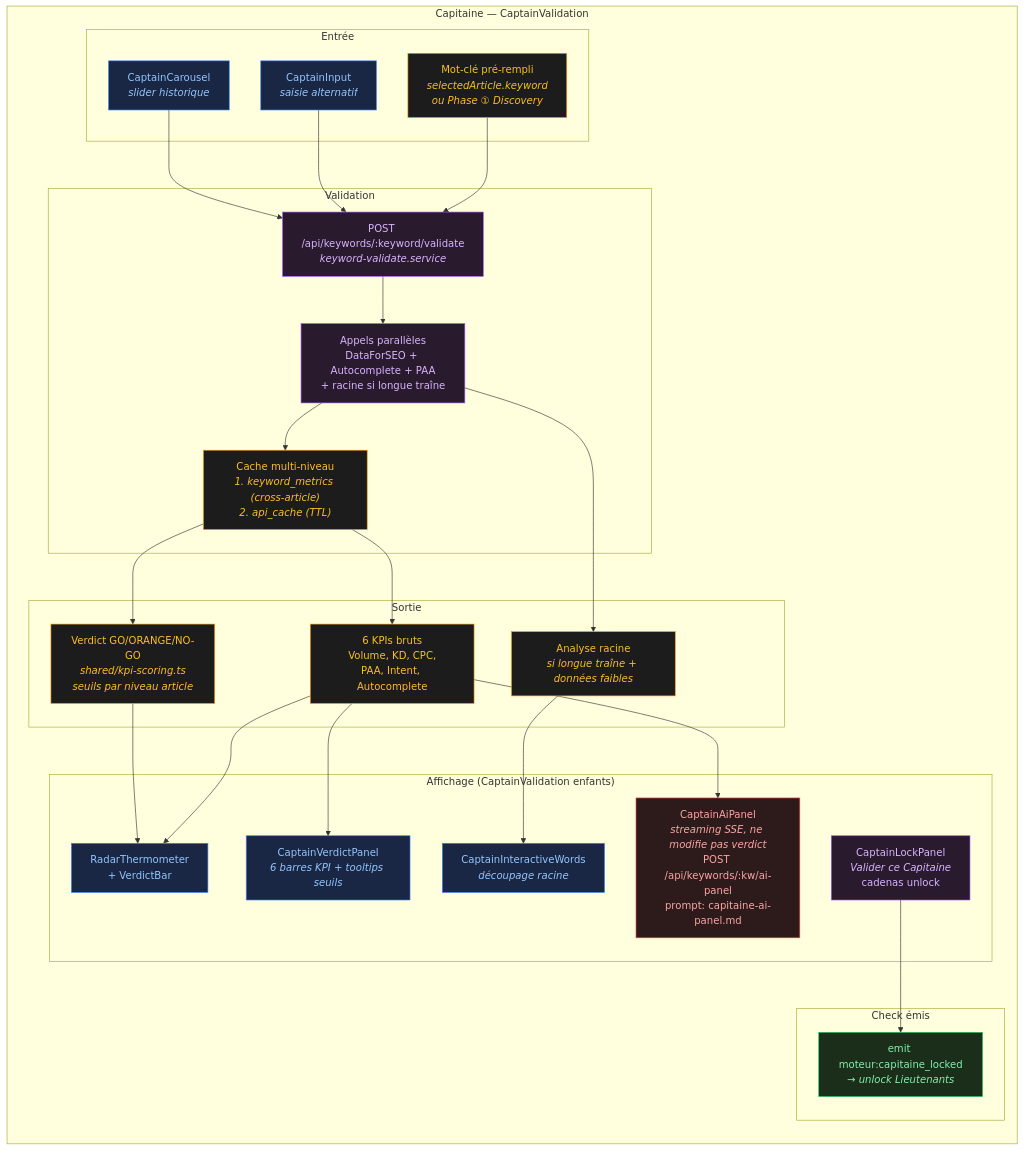
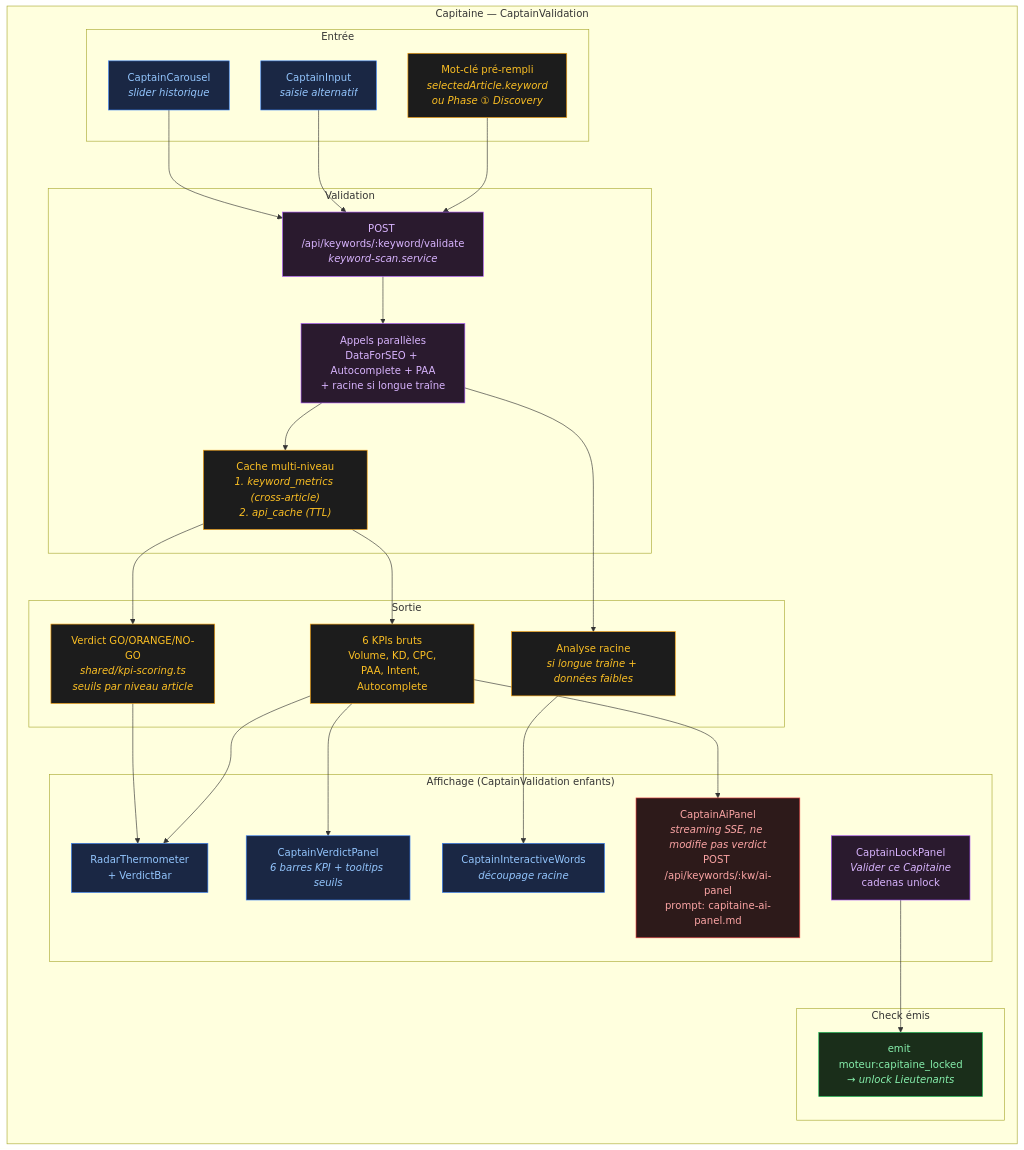
The fourth of 14 diagrams in docs/moteur-data-flow.md (annubis-knight/Blog_Redactor_SEO), drawn with Mermaid before and after one commit. The commit also changed other lines of this file and 44 other files, not shown here.

````diff
--- a/docs/moteur-data-flow.md
+++ b/docs/moteur-data-flow.md
@@ -214,58 +214,58 @@
 ```mermaid
 flowchart LR
   classDef tab fill:#1a2744,stroke:#3b82f6,color:#93c5fd
   classDef data fill:#1c1c1c,stroke:#f59e0b,color:#fbbf24
   classDef store fill:#1a2e1a,stroke:#22c55e,color:#86efac
   classDef action fill:#2a1a2e,stroke:#a855f7,color:#d8b4fe
   classDef ia fill:#2d1a1a,stroke:#ef4444,color:#fca5a5
 
   subgraph CAPT["Capitaine — CaptainValidation"]
     direction TB
 
     subgraph INPUT["Entrée"]
       IN1["Mot-clé pré-rempli<br/><i>selectedArticle.keyword<br/>ou Phase ① Discovery</i>"]:::data
       IN2["CaptainInput<br/><i>saisie alternatif</i>"]:::tab
       IN3["CaptainCarousel<br/><i>slider historique</i>"]:::tab
     end
 
     subgraph VALIDATE["Validation"]
-      API1["POST /api/keywords/:keyword/validate<br/><i>keyword-validate.service</i>"]:::action
+      API1["POST /api/keywords/:keyword/validate<br/><i>keyword-scan.service</i>"]:::action
       PAR["Appels parallèles<br/>DataForSEO + Autocomplete + PAA<br/>+ racine si longue traîne"]:::action
       CACHE["Cache multi-niveau<br/><i>1. keyword_metrics (cross-article)<br/>2. api_cache (TTL)</i>"]:::data
     end
 
     subgraph OUT["Sortie"]
       KPI["6 KPIs bruts<br/>Volume, KD, CPC,<br/>PAA, Intent, Autocomplete"]:::data
       VERDICT["Verdict GO/ORANGE/NO-GO<br/><i>shared/kpi-scoring.ts</i><br/><i>seuils par niveau article</i>"]:::data
       RACINE["Analyse racine<br/><i>si longue traîne + données faibles</i>"]:::data
     end
 
     subgraph UI["Affichage (CaptainValidation enfants)"]
       THERMO["RadarThermometer<br/>+ VerdictBar"]:::tab
       VPANEL["CaptainVerdictPanel<br/><i>6 barres KPI + tooltips seuils</i>"]:::tab
       WORDS["CaptainInteractiveWords<br/><i>découpage racine</i>"]:::tab
       AIPANEL["CaptainAiPanel<br/><i>streaming SSE, ne modifie pas verdict</i><br/>POST /api/keywords/:kw/ai-panel<br/>prompt: capitaine-ai-panel.md"]:::ia
       LOCK["CaptainLockPanel<br/><i>Valider ce Capitaine</i><br/>cadenas unlock"]:::action
     end
 
     subgraph CHECK["Check émis"]
       CK["emit moteur:capitaine_locked<br/><i>→ unlock Lieutenants</i>"]:::store
     end
 
     IN1 --> API1
     IN2 --> API1
     IN3 --> API1
     API1 --> PAR
     PAR --> CACHE
     CACHE --> KPI
     CACHE --> VERDICT
     PAR --> RACINE
 
     KPI --> THERMO
     VERDICT --> THERMO
     KPI --> VPANEL
     RACINE --> WORDS
     KPI --> AIPANEL
     LOCK --> CK
   end
 ```
````
